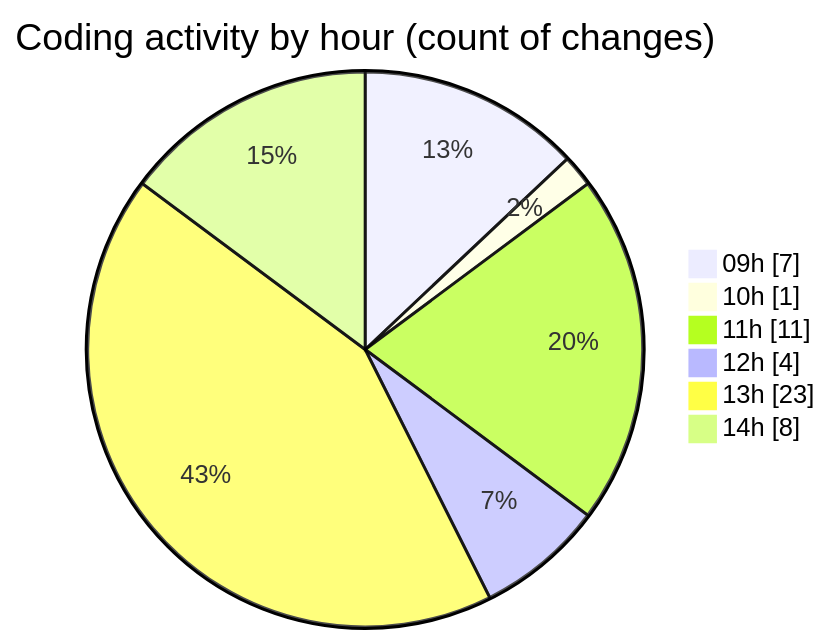
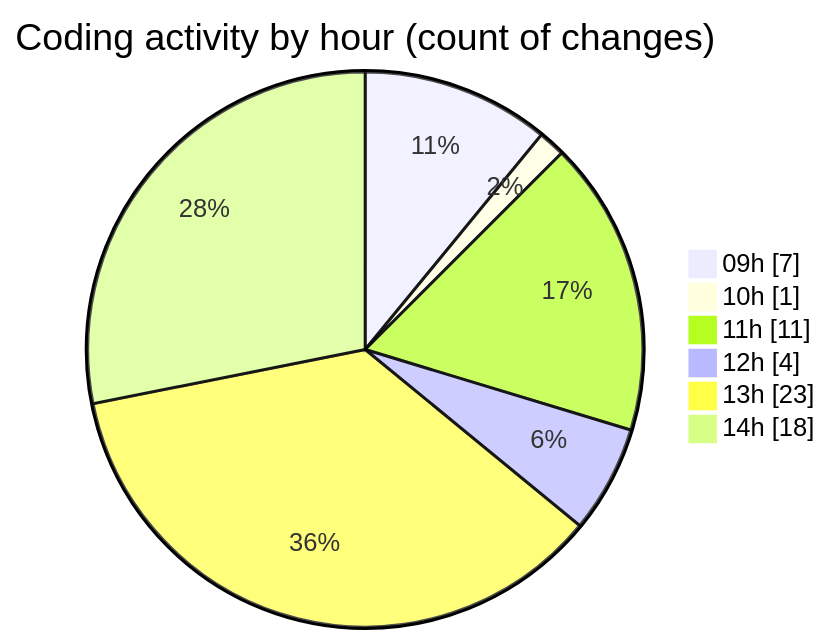
Before and after one commit to momahboobian/code-tracking: the second of 2 diagrams in 2026-04-22/cda/README.md, drawn with Mermaid. The commit also changed other lines of this file and 1 other file, not shown here.

````diff
--- a/2026-04-22/cda/README.md
+++ b/2026-04-22/cda/README.md
@@ -39,10 +40,10 @@
 ```mermaid
 pie showData
 title Coding activity by hour (count of changes)
 "09h" : 7
 "10h" : 1
 "11h" : 11
 "12h" : 4
 "13h" : 23
-"14h" : 8
+"14h" : 18
 ```
````
